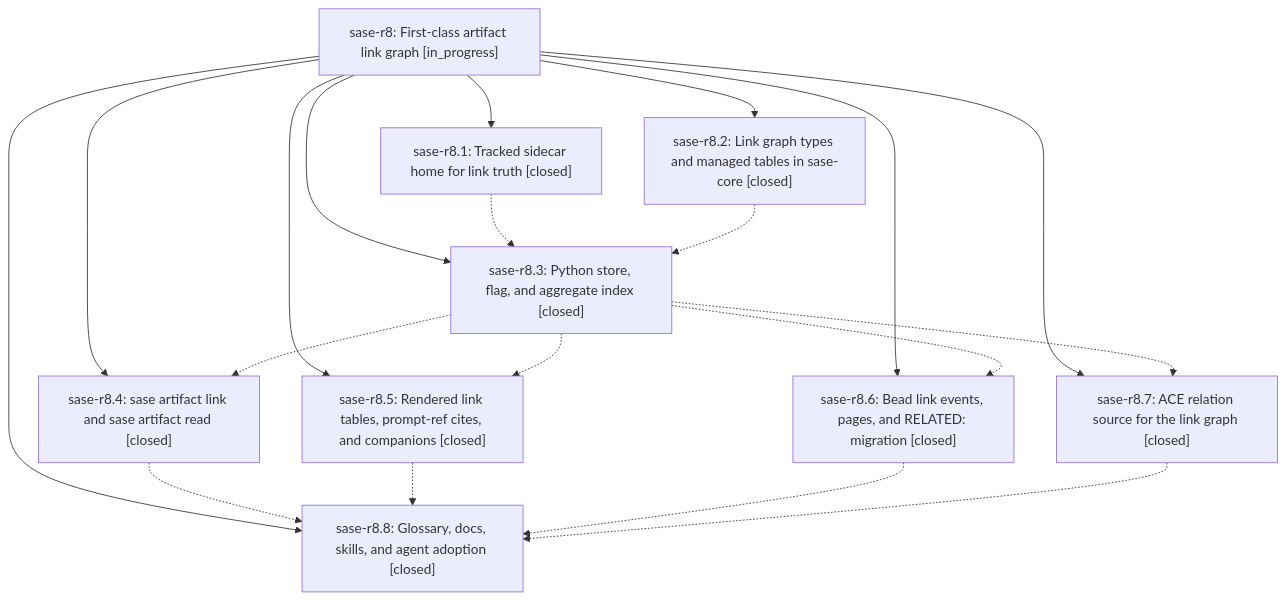
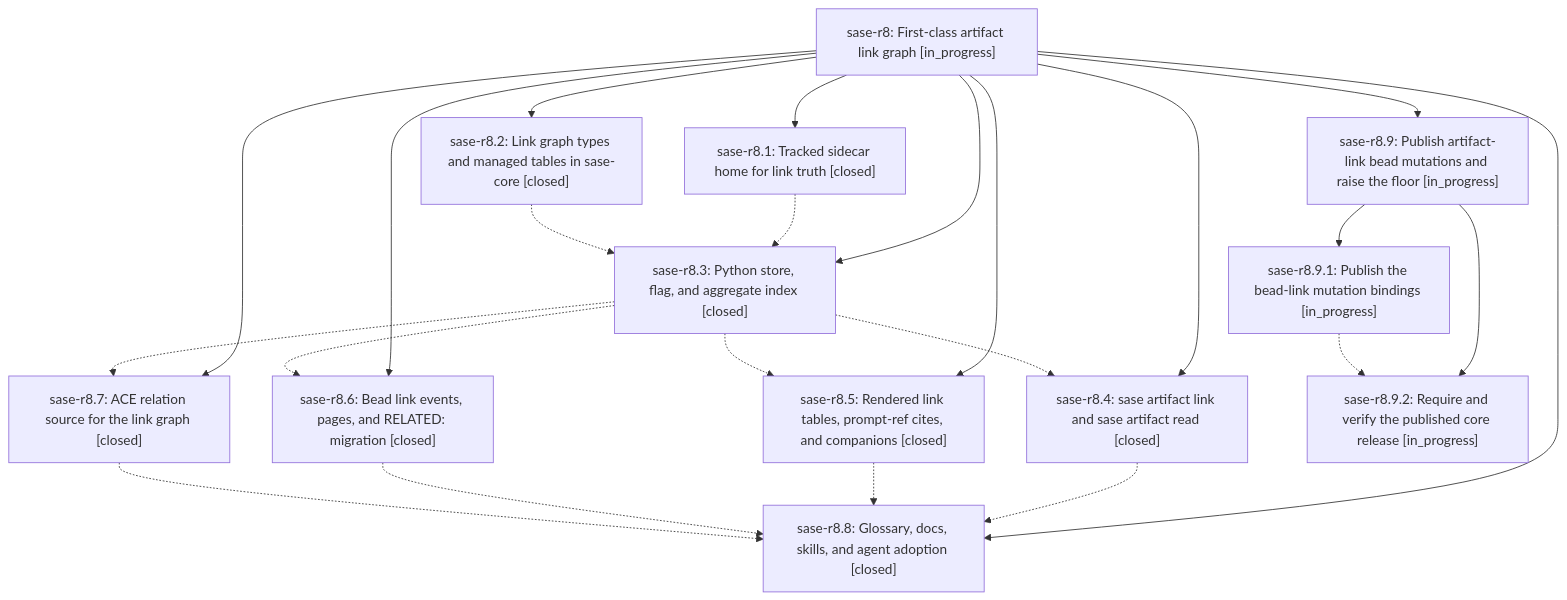
One commit to sase-org/sase--beads changed the diagram in pages/sase-r8/README.md. Above: the diagram before and after it, drawn with Mermaid. The commit also changed other lines of this file and 3 other files, not shown here.

First line of the commit message:
chore(beads): sync bead state and pages for sase-r8

````diff
--- a/pages/sase-r8/README.md
+++ b/pages/sase-r8/README.md
@@ -29,30 +33,37 @@
 ```mermaid
 flowchart TD
     n0["sase-r8: First-class artifact link graph [in_progress]"]
     n1["sase-r8.1: Tracked sidecar home for link truth [closed]"]
     n2["sase-r8.2: Link graph types and managed tables in sase-core [closed]"]
     n3["sase-r8.3: Python store, flag, and aggregate index [closed]"]
     n4["sase-r8.4: sase artifact link and sase artifact read [closed]"]
     n5["sase-r8.5: Rendered link tables, prompt-ref cites, and companions [closed]"]
     n6["sase-r8.6: Bead link events, pages, and RELATED: migration [closed]"]
     n7["sase-r8.7: ACE relation source for the link graph [closed]"]
     n8["sase-r8.8: Glossary, docs, skills, and agent adoption [closed]"]
+    n9["sase-r8.9: Publish artifact-link bead mutations and raise the floor [in_progress]"]
+    n10["sase-r8.9.1: Publish the bead-link mutation bindings [in_progress]"]
+    n11["sase-r8.9.2: Require and verify the published core release [in_progress]"]
     n0 --> n1
     n0 --> n2
     n0 --> n3
     n0 --> n4
     n0 --> n5
     n0 --> n6
     n0 --> n7
     n0 --> n8
+    n0 --> n9
+    n9 --> n10
+    n9 --> n11
     n1 -.-> n3
     n2 -.-> n3
     n3 -.-> n4
     n3 -.-> n5
     n3 -.-> n6
     n3 -.-> n7
     n4 -.-> n8
     n5 -.-> n8
     n6 -.-> n8
     n7 -.-> n8
+    n10 -.-> n11
 ```
````
